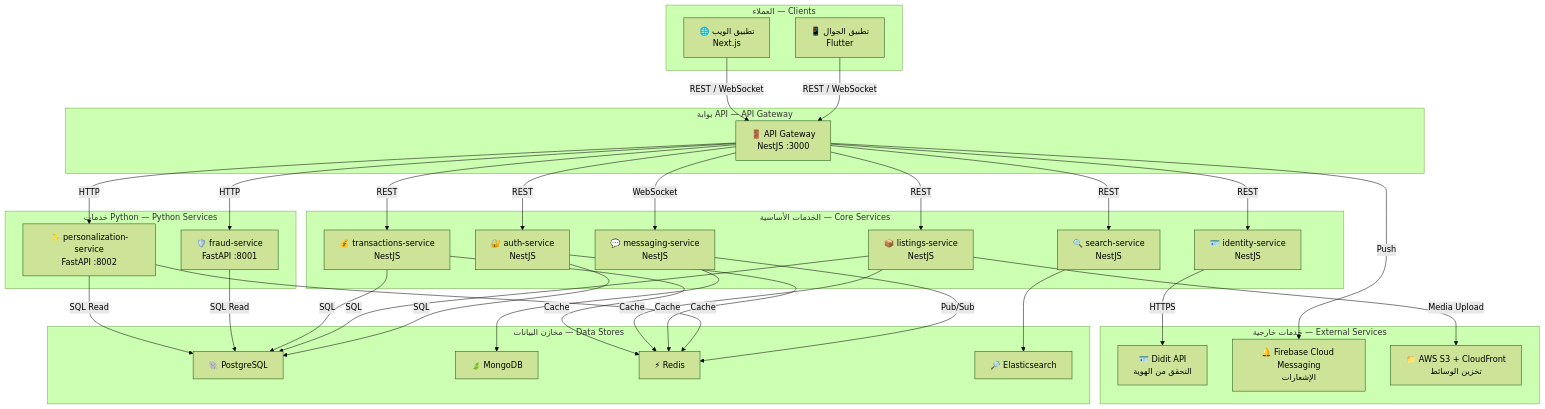
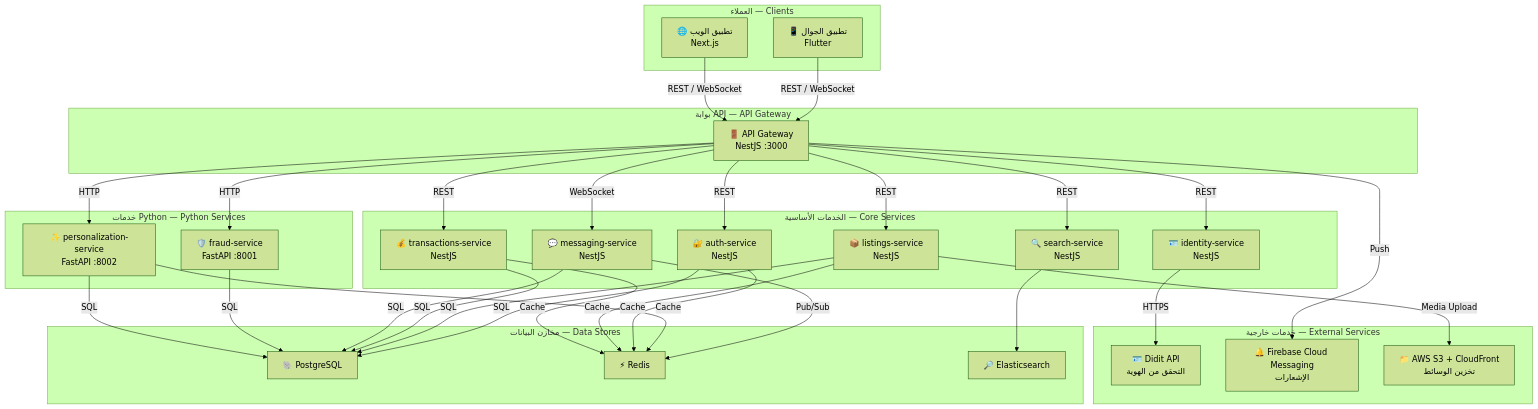
The first of 2 diagrams in docs/architecture.md (Sattuf/Ma-rad-Al-Ashya), drawn with Mermaid (forest theme) before and after one commit. The commit also changed other lines of this file and 29 other files, not shown here.

````diff
--- a/docs/architecture.md
+++ b/docs/architecture.md
@@ -13,69 +13,68 @@
 ```mermaid
 graph TB
     subgraph Clients["العملاء — Clients"]
         MobileApp["📱 تطبيق الجوال<br/>Flutter"]
         WebApp["🌐 تطبيق الويب<br/>Next.js"]
     end
 
     subgraph Gateway["بوابة API — API Gateway"]
         APIGateway["🚪 API Gateway<br/>NestJS :3000"]
     end
 
     subgraph CoreServices["الخدمات الأساسية — Core Services"]
         AuthService["🔐 auth-service<br/>NestJS"]
         ListingsService["📦 listings-service<br/>NestJS"]
         SearchService["🔍 search-service<br/>NestJS"]
         MessagingService["💬 messaging-service<br/>NestJS"]
         TransactionsService["💰 transactions-service<br/>NestJS"]
         IdentityService["🪪 identity-service<br/>NestJS"]
     end
 
     subgraph PythonServices["خدمات Python — Python Services"]
         FraudService["🛡️ fraud-service<br/>FastAPI :8001"]
         PersonalizationService["✨ personalization-service<br/>FastAPI :8002"]
     end
 
     subgraph DataStores["مخازن البيانات — Data Stores"]
         PostgreSQL["🐘 PostgreSQL"]
-        MongoDB["🍃 MongoDB"]
         Redis["⚡ Redis"]
         Elasticsearch["🔎 Elasticsearch"]
     end
 
     subgraph ExternalServices["خدمات خارجية — External Services"]
         DiditAPI["🪪 Didit API<br/>التحقق من الهوية"]
         FCM["🔔 Firebase Cloud Messaging<br/>الإشعارات"]
         S3["📁 AWS S3 + CloudFront<br/>تخزين الوسائط"]
     end
 
     MobileApp -->|REST / WebSocket| APIGateway
     WebApp -->|REST / WebSocket| APIGateway
 
     APIGateway -->|REST| AuthService
     APIGateway -->|REST| ListingsService
     APIGateway -->|REST| SearchService
     APIGateway -->|WebSocket| MessagingService
     APIGateway -->|REST| TransactionsService
     APIGateway -->|REST| IdentityService
     APIGateway -->|HTTP| FraudService
     APIGateway -->|HTTP| PersonalizationService
 
     AuthService -->|SQL| PostgreSQL
     ListingsService -->|SQL| PostgreSQL
     TransactionsService -->|SQL| PostgreSQL
-    FraudService -->|SQL Read| PostgreSQL
-    PersonalizationService -->|SQL Read| PostgreSQL
+    MessagingService -->|SQL| PostgreSQL
+    FraudService -->|SQL| PostgreSQL
+    PersonalizationService -->|SQL| PostgreSQL
 
     SearchService --> Elasticsearch
-    MessagingService --> MongoDB
     MessagingService -->|Pub/Sub| Redis
     PersonalizationService -->|Cache| Redis
 
     AuthService -->|Cache| Redis
     ListingsService -->|Cache| Redis
     TransactionsService -->|Cache| Redis
 
     IdentityService -->|HTTPS| DiditAPI
     APIGateway -->|Push| FCM
     ListingsService -->|Media Upload| S3
 ```
````
